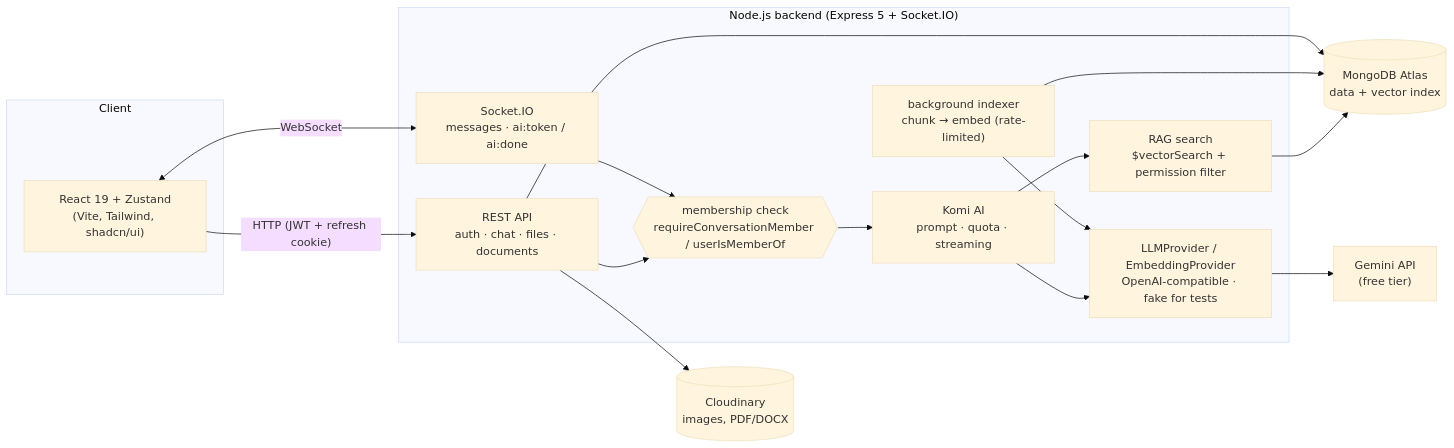
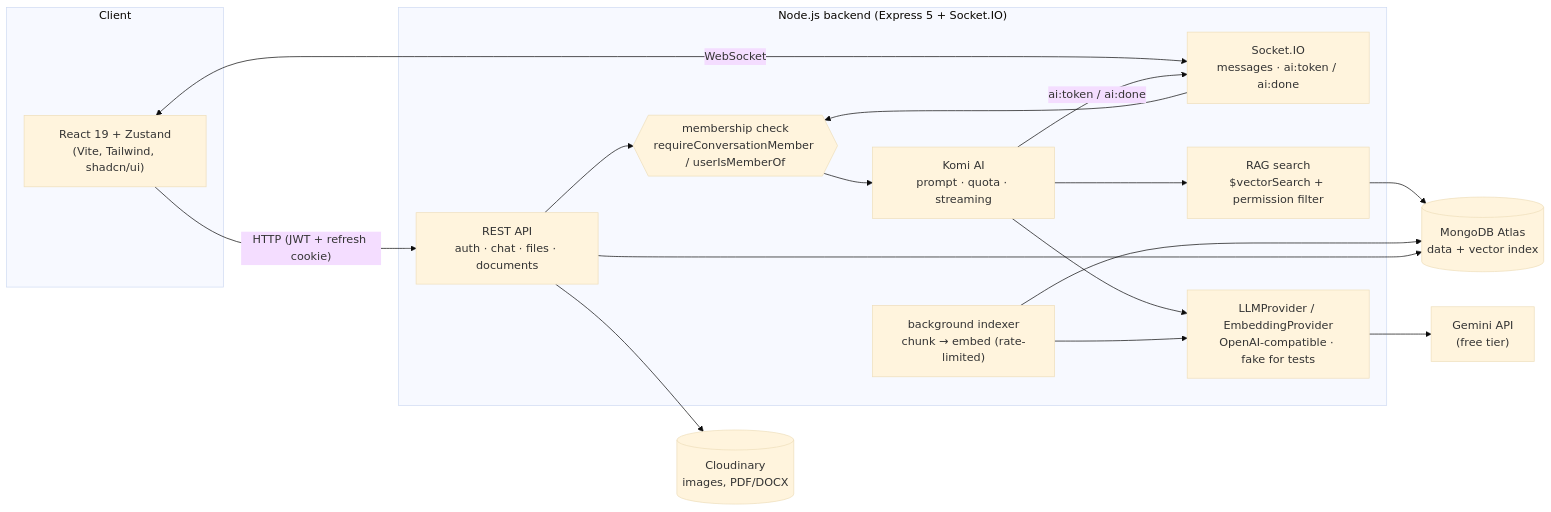
Before and after one commit to MinhHeiu0909/komi-chat-app: the diagram in README.md, drawn with Mermaid (base theme). The commit also changed 1 other file, not shown here.

Commit message:
README: thêm mũi tên Komi AI stream câu trả lời về qua Socket.IO

````diff
--- a/README.md
+++ b/README.md
@@ -27,34 +27,35 @@
 ```mermaid
 flowchart LR
     subgraph Client
         FE["React 19 + Zustand<br/>(Vite, Tailwind, shadcn/ui)"]
     end
 
     subgraph Backend["Node.js backend (Express 5 + Socket.IO)"]
         API["REST API<br/>auth · chat · files · documents"]
         WS["Socket.IO<br/>messages · ai:token / ai:done"]
         AUTHZ{{"membership check<br/>requireConversationMember / userIsMemberOf"}}
         BOT["Komi AI<br/>prompt · quota · streaming"]
         RAG["RAG search<br/>$vectorSearch + permission filter"]
         WORKER["background indexer<br/>chunk → embed (rate-limited)"]
         PROV["LLMProvider / EmbeddingProvider<br/>OpenAI-compatible · fake for tests"]
     end
 
     DB[("MongoDB Atlas<br/>data + vector index")]
     CDN[("Cloudinary<br/>images, PDF/DOCX")]
     LLM["Gemini API<br/>(free tier)"]
 
     FE -- "HTTP (JWT + refresh cookie)" --> API
     FE <-- WebSocket --> WS
     API --> AUTHZ
     WS --> AUTHZ
     AUTHZ --> BOT
     BOT --> RAG
     BOT --> PROV
+    BOT -- "ai:token / ai:done" --> WS
     RAG --> DB
     WORKER --> DB
     WORKER --> PROV
     PROV --> LLM
     API --> DB
     API --> CDN
 ```
````
